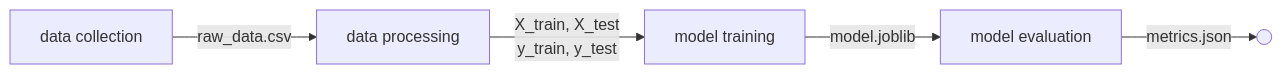
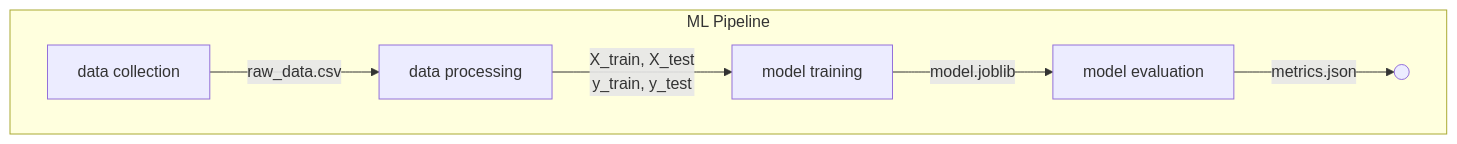
The second of 6 diagrams in Demo.md (Megha-2023/docker-demo), drawn with Mermaid before and after one commit. The commit also changed other lines of this file, not shown here.

````diff
--- a/Demo.md
+++ b/Demo.md
@@ -21,12 +21,14 @@
 ```mermaid
-flowchart LR
-    A[data collection]
-    B[data processing]
-    C[model training]
-    D[model evaluation]
-    E(( ))
-    A --> |raw_data.csv| B
-    B --> |X_train, X_test <br/> y_train, y_test| C
-    C --> |model.joblib| D
-    D --> |metrics.json| E
+flowchart TD
+    subgraph ML Pipeline
+        A[data collection]
+        B[data processing]
+        C[model training]
+        D[model evaluation]
+        E(( ))
+        A --> |raw_data.csv| B
+        B --> |X_train, X_test <br/> y_train, y_test| C
+        C --> |model.joblib| D
+        D --> |metrics.json| E
+    end
 ```
````
